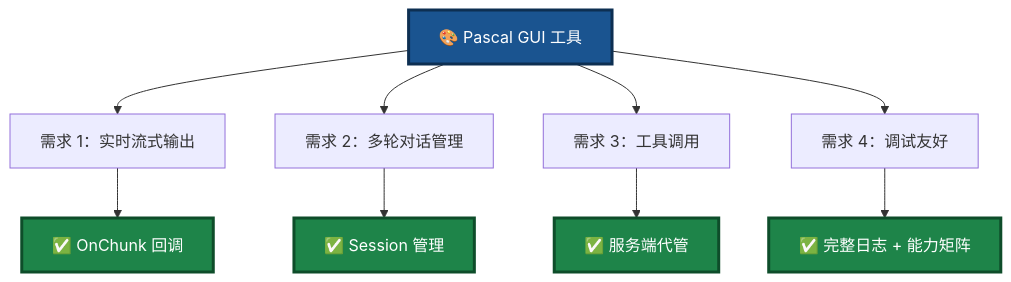
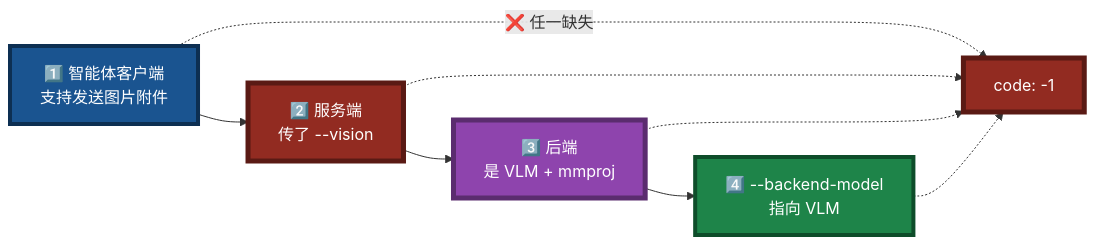
The eighth of 12 diagrams in Pascal_Integration_Guide.md (PassByYou888/LingoFuse-pasAgent-v3), drawn with Mermaid before and after one commit. The commit also changed other lines of this file, not shown here.

````diff
--- a/Pascal_Integration_Guide.md
+++ b/Pascal_Integration_Guide.md
@@ -836,18 +227,17 @@
 ```mermaid
-flowchart TB
-    A["🎨 Pascal GUI 工具"] --> B["需求 1：实时流式输出"]
-    A --> C["需求 2：多轮对话管理"]
-    A --> D["需求 3：工具调用"]
-    A --> E["需求 4：调试友好"]
+flowchart LR
+    C1["1️⃣ 智能体客户端<br/>支持发送图片附件"] --> C2["2️⃣ 服务端<br/>传了 --vision"]
+    C2 --> C3["3️⃣ 后端<br/>是 VLM + mmproj"]
+    C3 --> C4["4️⃣ --backend-model<br/>指向 VLM"]
 
-    B --> B1["✅ OnChunk 回调"]
-    C --> C1["✅ Session 管理"]
-    D --> D1["✅ 服务端代管"]
-    E --> E1["✅ 完整日志 + 能力矩阵"]
+    C1 -.->|"❌ 任一缺失"| X["code: -1"]
+    C2 -.-> X
+    C3 -.-> X
+    C4 -.-> X
 
-    style A fill:#1A5490,stroke:#0D2F52,stroke-width:3px,color:#FFFFFF
-    style B1 fill:#1E8449,stroke:#0E4D2A,stroke-width:3px,color:#FFFFFF
-    style C1 fill:#1E8449,stroke:#0E4D2A,stroke-width:3px,color:#FFFFFF
-    style D1 fill:#1E8449,stroke:#0E4D2A,stroke-width:3px,color:#FFFFFF
-    style E1 fill:#1E8449,stroke:#0E4D2A,stroke-width:3px,color:#FFFFFF
+    style C1 fill:#1A5490,stroke:#0D2F52,stroke-width:4px,color:#FFFFFF
+    style C2 fill:#922B21,stroke:#5A1A14,stroke-width:5px,color:#FFFFFF
+    style C3 fill:#8E44AD,stroke:#5B2C6F,stroke-width:5px,color:#FFFFFF
+    style C4 fill:#1E8449,stroke:#0E4D2A,stroke-width:4px,color:#FFFFFF
+    style X fill:#922B21,stroke:#5A1A14,stroke-width:5px,color:#FFFFFF
 ```
````
